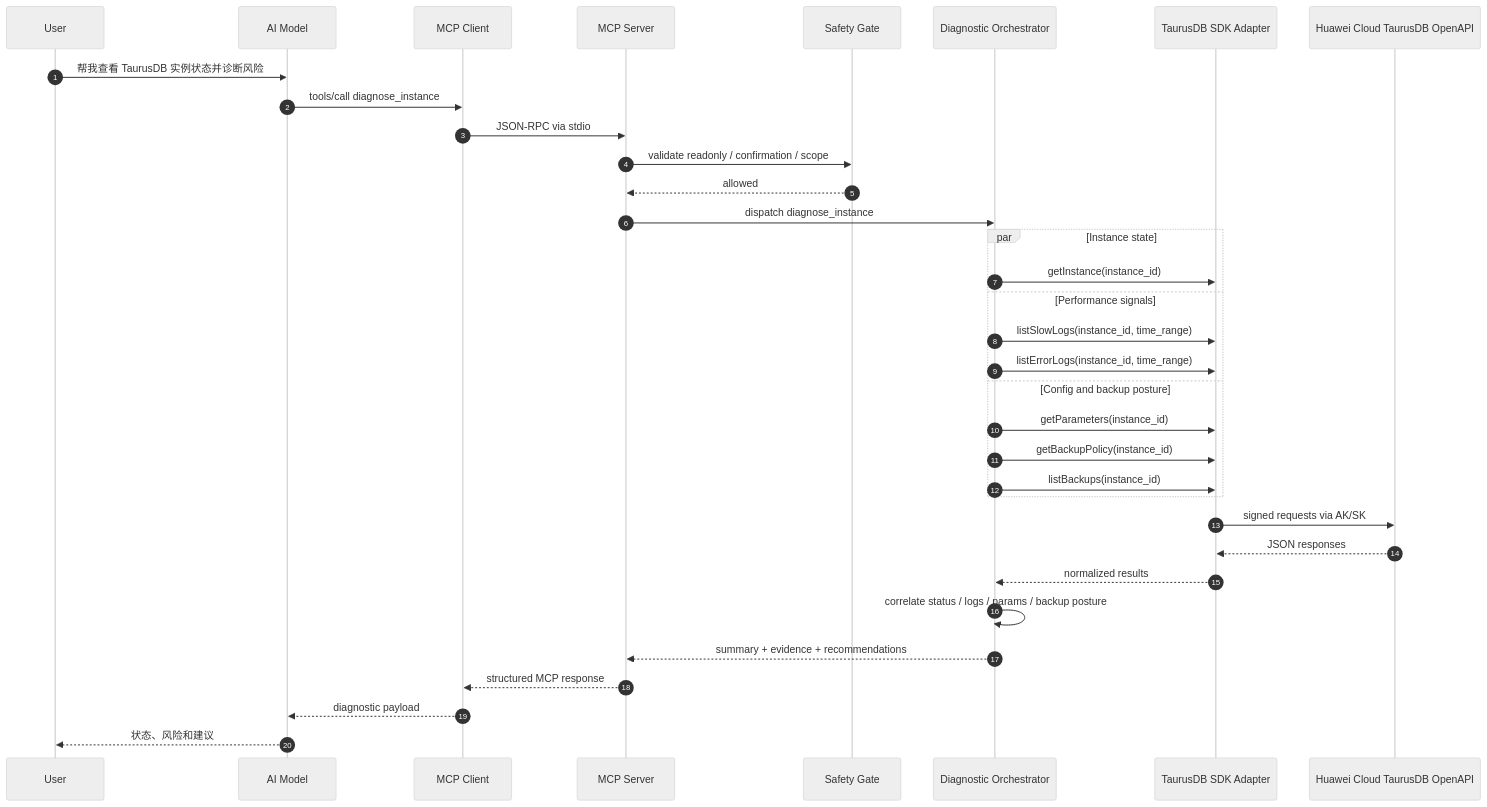
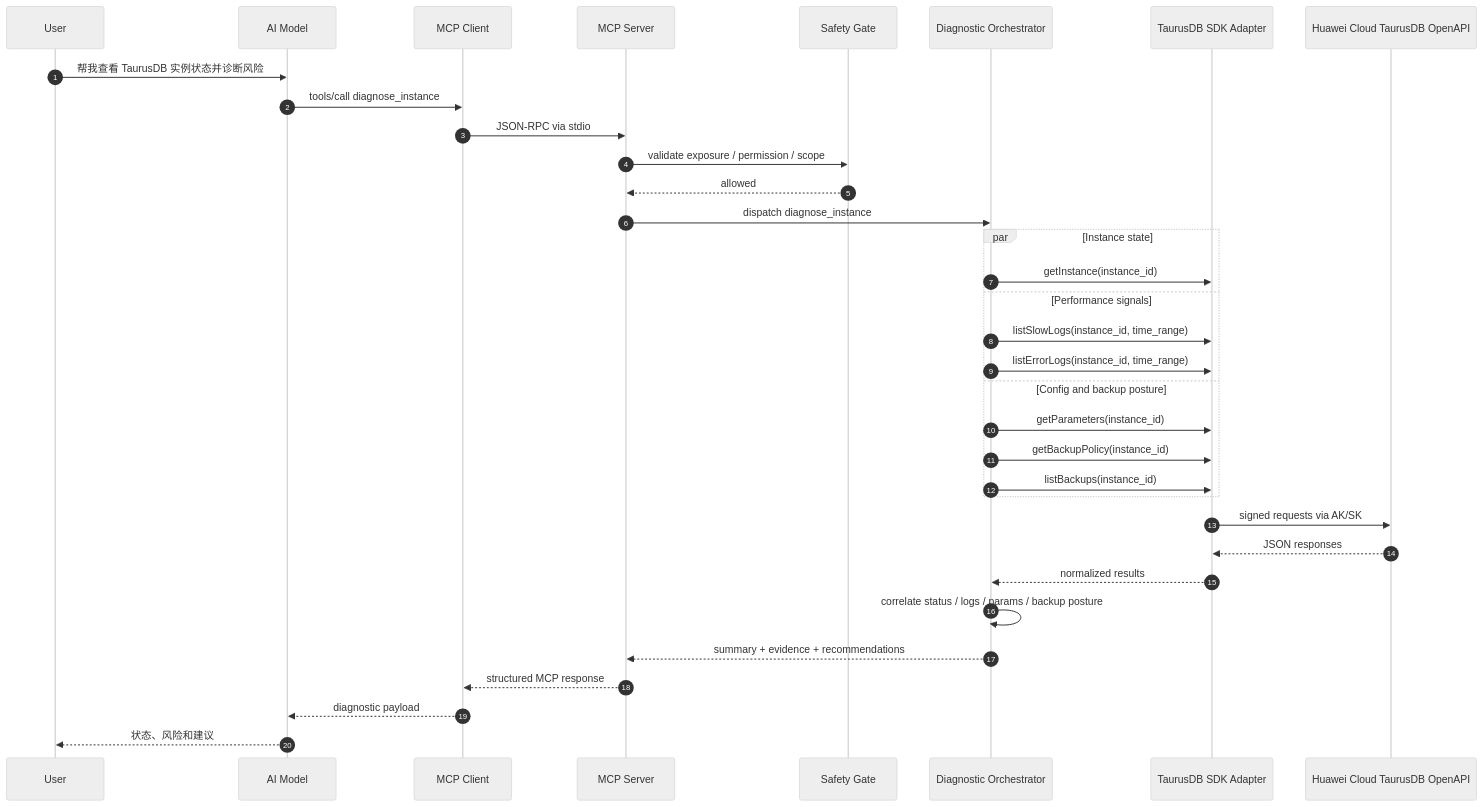
Before and after one commit to youweichen0208/blog: the second of 4 diagrams in docs/projects/taurus-mcp-server/taurusdb-architecture.md, drawn with Mermaid (neutral theme). The commit also changed other lines of this file and 1 other file, not shown here.

````diff
--- a/docs/projects/taurus-mcp-server/taurusdb-architecture.md
+++ b/docs/projects/taurus-mcp-server/taurusdb-architecture.md
@@ -119,40 +128,40 @@
 ```mermaid
   sequenceDiagram
     autonumber
     participant U as User
     participant AI as AI Model
     participant MC as MCP Client
     participant MS as MCP Server
     participant SG as Safety Gate
     participant DX as Diagnostic Orchestrator
   participant SDK as TaurusDB SDK Adapter
   participant API as Huawei Cloud TaurusDB OpenAPI
 
   U->>AI: 帮我查看 TaurusDB 实例状态并诊断风险
   AI->>MC: tools/call diagnose_instance
   MC->>MS: JSON-RPC via stdio
-  MS->>SG: validate readonly / confirmation / scope
+  MS->>SG: validate exposure / permission / scope
   SG-->>MS: allowed
   MS->>DX: dispatch diagnose_instance
 
   par Instance state
     DX->>SDK: getInstance(instance_id)
   and Performance signals
     DX->>SDK: listSlowLogs(instance_id, time_range)
     DX->>SDK: listErrorLogs(instance_id, time_range)
   and Config and backup posture
     DX->>SDK: getParameters(instance_id)
     DX->>SDK: getBackupPolicy(instance_id)
     DX->>SDK: listBackups(instance_id)
   end
 
   SDK->>API: signed requests via AK/SK
   API-->>SDK: JSON responses
     SDK-->>DX: normalized results
 
     DX->>DX: correlate status / logs / params / backup posture
     DX-->>MS: summary + evidence + recommendations
     MS-->>MC: structured MCP response
     MC-->>AI: diagnostic payload
     AI-->>U: 状态、风险和建议
 ```
````
